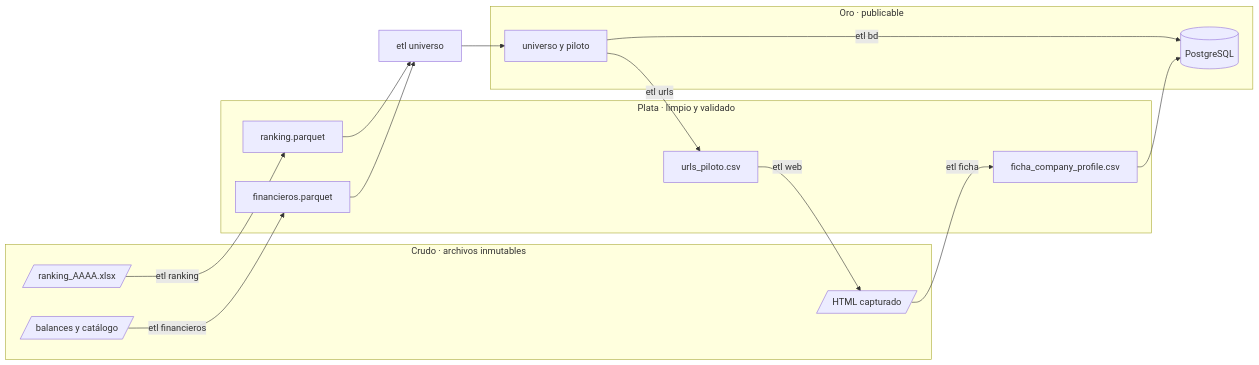
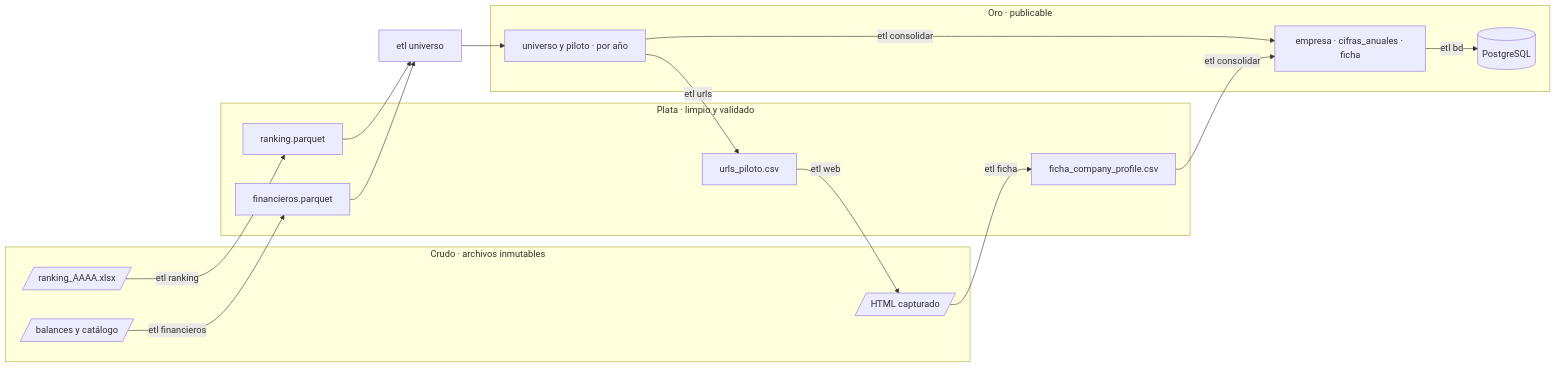
Before and after one commit to alda244/observatorio-epn: the diagram in etl/README.md, drawn with Mermaid. The commit also changed other lines of this file and 166 other files, not shown here.

````diff
--- a/etl/README.md
+++ b/etl/README.md
@@ -16,28 +18,30 @@
 ```mermaid
 flowchart LR
     subgraph crudo["Crudo · archivos inmutables"]
         R[/ranking_AAAA.xlsx/]
         F[/balances y catálogo/]
         H[/HTML capturado/]
     end
     subgraph plata["Plata · limpio y validado"]
         P1[ranking.parquet]
         P2[financieros.parquet]
         P3[urls_piloto.csv]
         P4[ficha_company_profile.csv]
     end
     subgraph oro["Oro · publicable"]
-        O1[universo y piloto]
-        O2[(PostgreSQL)]
+        O1[universo y piloto · por año]
+        O2[empresa · cifras_anuales · ficha]
+        O3[(PostgreSQL)]
     end
     R -->|etl ranking| P1
     F -->|etl financieros| P2
     P1 --> U[etl universo]
     P2 --> U
     U --> O1
     O1 -->|etl urls| P3
     P3 -->|etl web| H
     H -->|etl ficha| P4
-    O1 -->|etl bd| O2
-    P4 --> O2
+    O1 -->|etl consolidar| O2
+    P4 -->|etl consolidar| O2
+    O2 -->|etl bd| O3
 ```
````
